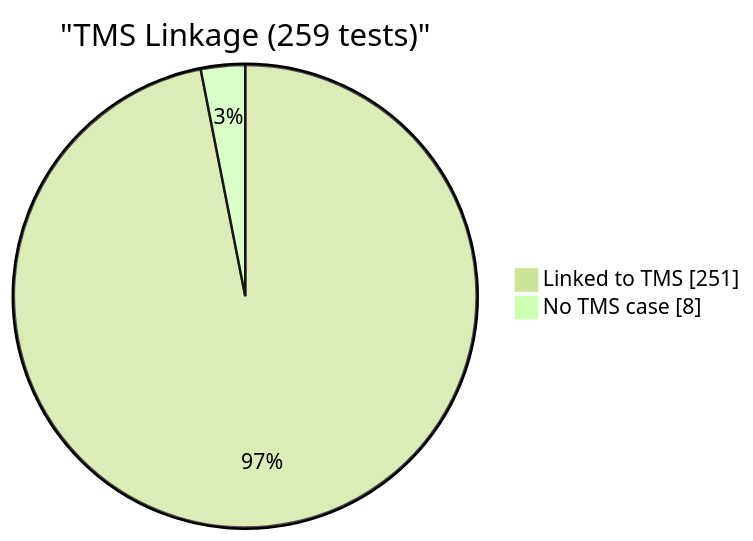
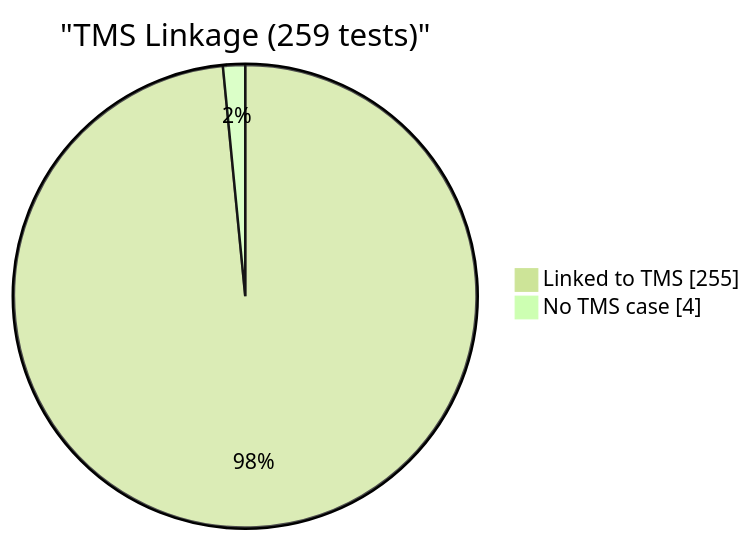
One commit to EliteaAI/onetest-ai-tm-Elitea changed the fourth of 6 diagrams in reports/dashboard.md. Above: the diagram before and after it, drawn with Mermaid (forest theme). The commit also changed other lines of this file and 1 other file, not shown here.

````diff
--- a/reports/dashboard.md
+++ b/reports/dashboard.md
@@ -77,6 +77,6 @@
 ```mermaid
 pie showData
     title "TMS Linkage (259 tests)"
-    "Linked to TMS" : 251
-    "No TMS case" : 8
+    "Linked to TMS" : 255
+    "No TMS case" : 4
 ```
````
